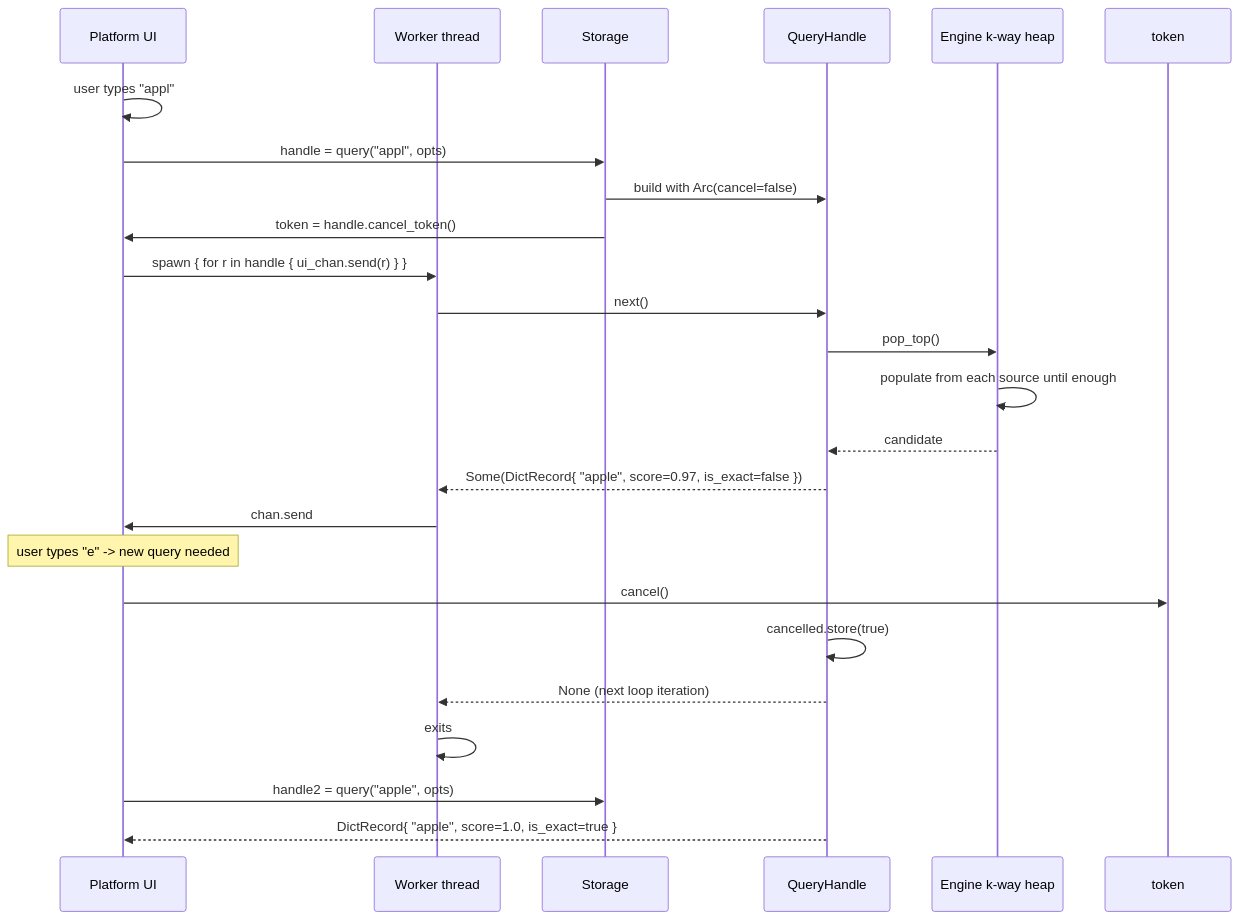
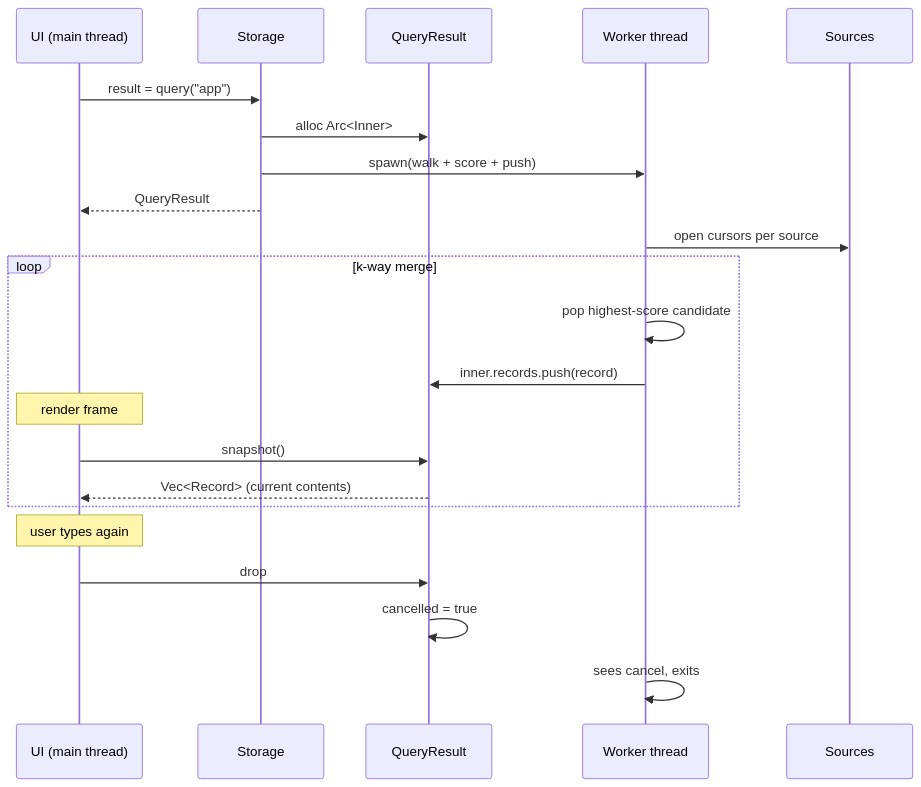
The second of 2 diagrams in Core/src/storage/.design.md (DexterDreeeam/EasyEnglish), drawn with Mermaid before and after one commit. The commit also changed other lines of this file and 2 other files, not shown here.

First line of the commit message:
docs(core): storage v3 - exactly 2 Storage methods (new + query)

````diff
--- a/Core/src/storage/.design.md
+++ b/Core/src/storage/.design.md
@@ -372,27 +209,25 @@
 ```mermaid
 sequenceDiagram
-    participant UI as Platform UI
-    participant Worker as Worker thread
+    participant UI as UI (main thread)
     participant S as Storage
-    participant QH as QueryHandle
-    participant Heap as Engine k-way heap
+    participant QR as QueryResult
+    participant W as Worker thread
+    participant Src as Sources
 
-    UI->>UI: user types "appl"
-    UI->>S: handle = query("appl", opts)
-    S->>QH: build with Arc(cancel=false)
-    S->>UI: token = handle.cancel_token()
-    UI->>Worker: spawn { for r in handle { ui_chan.send(r) } }
-    Worker->>QH: next()
-    QH->>Heap: pop_top()
-    Heap->>Heap: populate from each source until enough
-    Heap-->>QH: candidate
-    QH-->>Worker: Some(DictRecord{ "apple", score=0.97, is_exact=false })
-    Worker->>UI: chan.send
-    note over UI: user types "e" -> new query needed
-    UI->>token: cancel()
-    QH->>QH: cancelled.store(true)
-    QH-->>Worker: None (next loop iteration)
-    Worker->>Worker: exits
-    UI->>S: handle2 = query("apple", opts)
-    QH-->>UI: DictRecord{ "apple", score=1.0, is_exact=true }
+    UI->>S: result = query("app")
+    S->>QR: alloc Arc<Inner>
+    S->>W: spawn(walk + score + push)
+    S-->>UI: QueryResult
+    W->>Src: open cursors per source
+    loop k-way merge
+        W->>W: pop highest-score candidate
+        W->>QR: inner.records.push(record)
+        Note over UI: render frame
+        UI->>QR: snapshot()
+        QR-->>UI: Vec<Record> (current contents)
+    end
+    Note over UI: user types again
+    UI->>QR: drop
+    QR->>QR: cancelled = true
+    W->>W: sees cancel, exits
 ```
````
